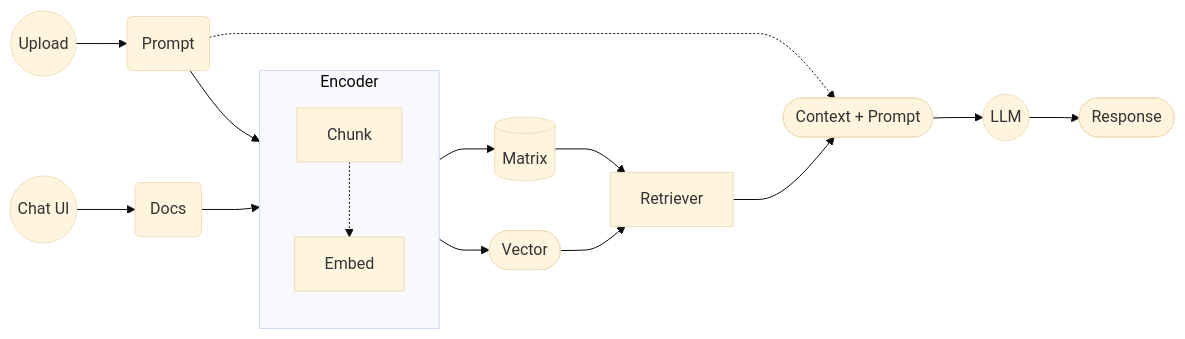
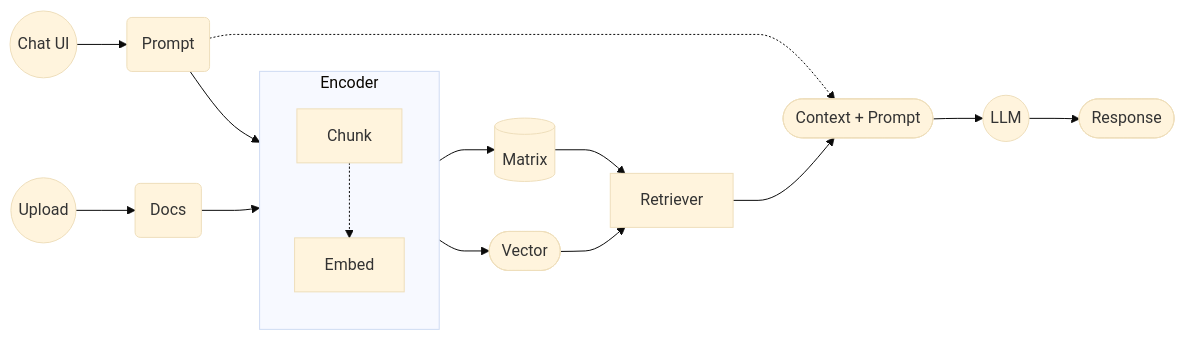
The diagram in src/app/labs/(content)/058-rag-chunker/page.mdx (lloydrichards/proj_portfolio-website), drawn with Mermaid (base theme) before and after one commit. The commit also changed 1 other file, not shown here.

Commit message:
docs: add 062 lab

````diff
--- a/src/app/labs/(content)/058-rag-chunker/page.mdx
+++ b/src/app/labs/(content)/058-rag-chunker/page.mdx
@@ -25,35 +25,35 @@
 ```mermaid
 ---
 config:
   flowchart:
     curve: monotoneX
 ---
 graph LR
-  U1((Upload))
+ U1((Upload))
   U2((Chat UI))
   
   P1(Prompt)
   P2(Docs)
   subgraph Encoder
   direction TB
     Chunk
     Embed
   end
   V1([Vector])
   V2[(Matrix)]
   
   Retriever
   
   C([Context + Prompt])
   
   A((LLM))
   
   R([Response])
   
-  U2 --> P2 --> Chunk -.-> Embed --> V2 --> Retriever
+  U1 --> P2 --> Chunk -.-> Embed --> V2 --> Retriever
   
-  U1 --> P1 --> Embed --> V1 --> Retriever
+  U2 --> P1 --> Embed --> V1 --> Retriever
   P1 -.-> C
  
   Retriever --> C --> A --> R
 ```
````
